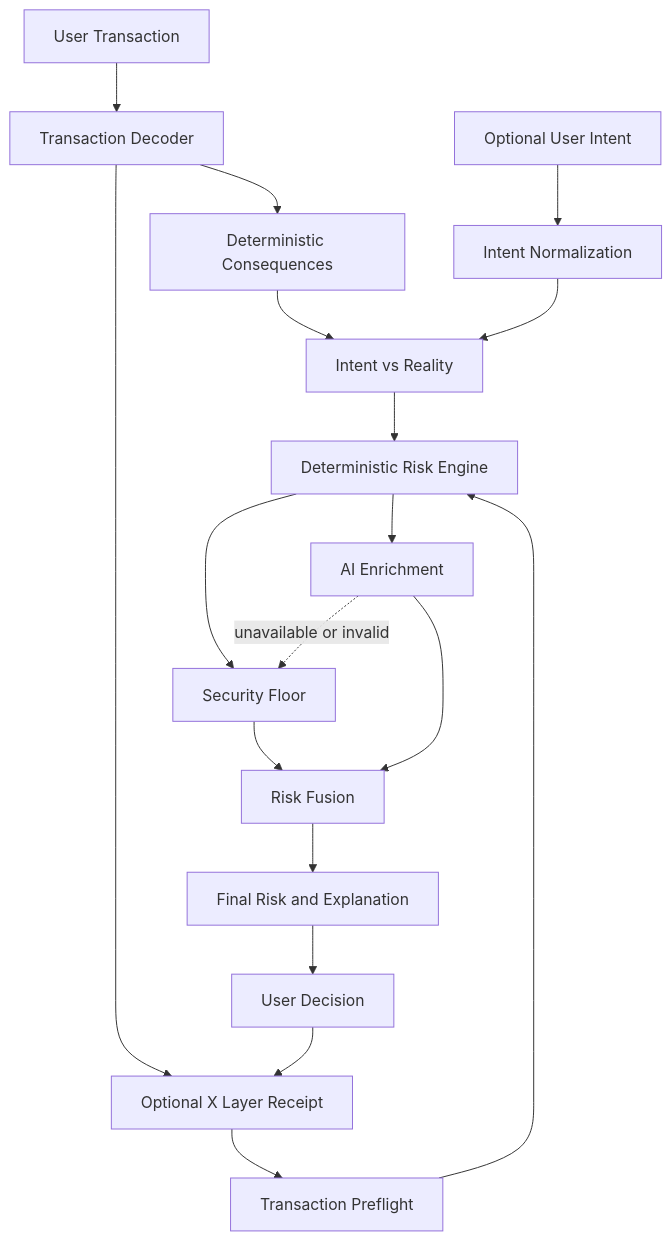
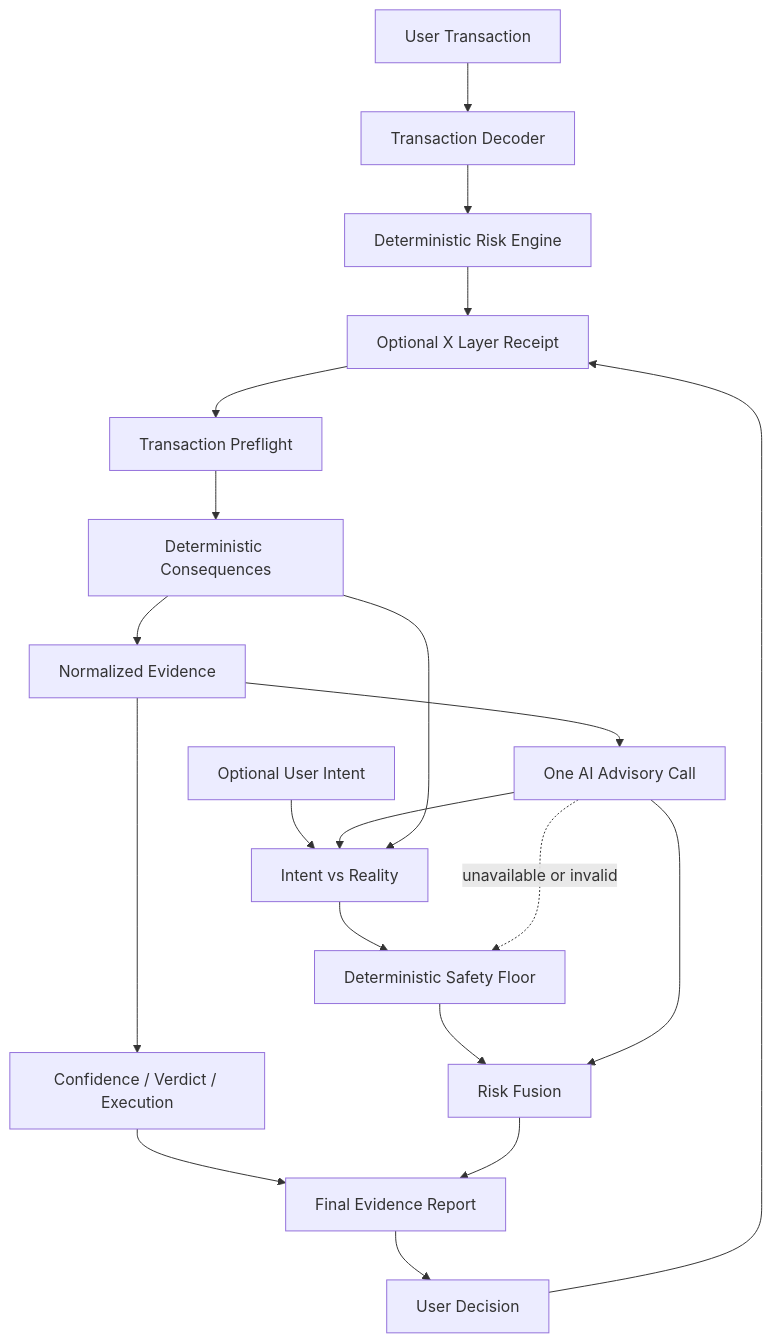
The diagram in README.md (leafwithered/xguard-ai), drawn with Mermaid before and after one commit. The commit also changed other lines of this file and 14 other files, not shown here.

````diff
--- a/README.md
+++ b/README.md
@@ -89,20 +92,22 @@
 ```mermaid
 flowchart TD
     U[User Transaction] --> D[Transaction Decoder]
-    D --> C[Deterministic Consequences]
-    I[Optional User Intent] --> N[Intent Normalization]
-    C --> M[Intent vs Reality]
-    N --> M
-    D --> O[On-chain Contract Intelligence]
+    D --> L[Deterministic Risk Engine]
+    L --> O[On-chain Contract Intelligence]
     O --> P[Transaction Preflight]
-    P --> L[Deterministic Risk Engine]
-    M --> L
-    L --> S[Security Floor]
-    L --> A[AI Enrichment]
+    P --> C[Deterministic Consequences]
+    C --> E[Normalized Evidence]
+    E --> V[Confidence / Verdict / Execution]
+    E --> A[One AI Advisory Call]
+    I[Optional User Intent] --> M[Intent vs Reality]
+    A --> M
+    C --> M
+    M --> S[Deterministic Safety Floor]
     S --> F[Risk Fusion]
     A --> F
     A -. unavailable or invalid .-> S
-    F --> R[Final Risk and Explanation]
+    V --> R[Final Evidence Report]
+    F --> R
     R --> Q[User Decision]
     Q --> O[Optional X Layer Receipt]
 ```
````
